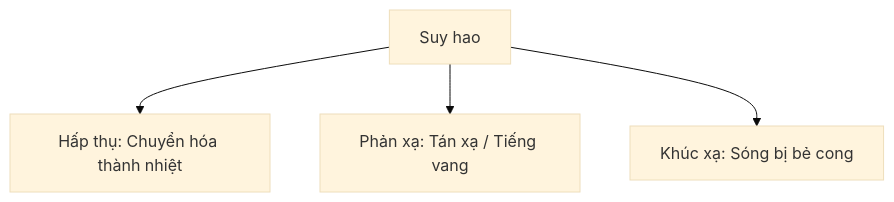
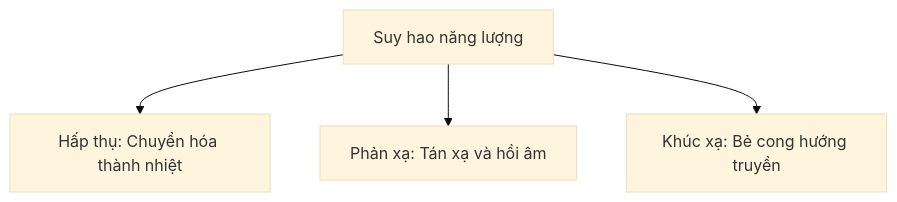
One commit to MedPocket/ultraso changed the second of 2 diagrams in docs/01-co-ban/01-vat-ly-sieu-am.mdx. Above: the diagram before and after it, drawn with Mermaid (base theme). The commit also changed other lines of this file and 10 other files, not shown here.

````diff
--- a/docs/01-co-ban/01-vat-ly-sieu-am.mdx
+++ b/docs/01-co-ban/01-vat-ly-sieu-am.mdx
@@ -78,6 +74,6 @@
 ```mermaid
 flowchart TD
-  EnergyLoss[Suy hao] --> Absorption[Hấp thụ: Chuyển hóa thành nhiệt]
-  EnergyLoss --> Reflection[Phản xạ: Tán xạ / Tiếng vang]
-  EnergyLoss --> Refraction[Khúc xạ: Sóng bị bẻ cong]
+  EnergyLoss[Suy hao năng lượng] --> Absorption[Hấp thụ: Chuyển hóa thành nhiệt]
+  EnergyLoss --> Reflection[Phản xạ: Tán xạ và hồi âm]
+  EnergyLoss --> Refraction[Khúc xạ: Bẻ cong hướng truyền]
 ```
````
